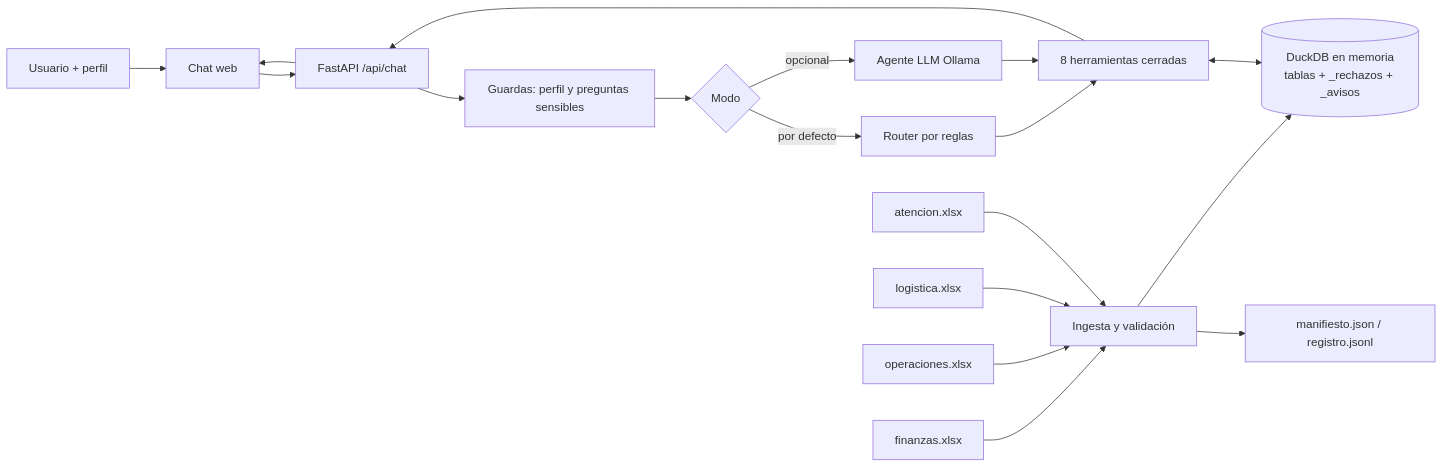
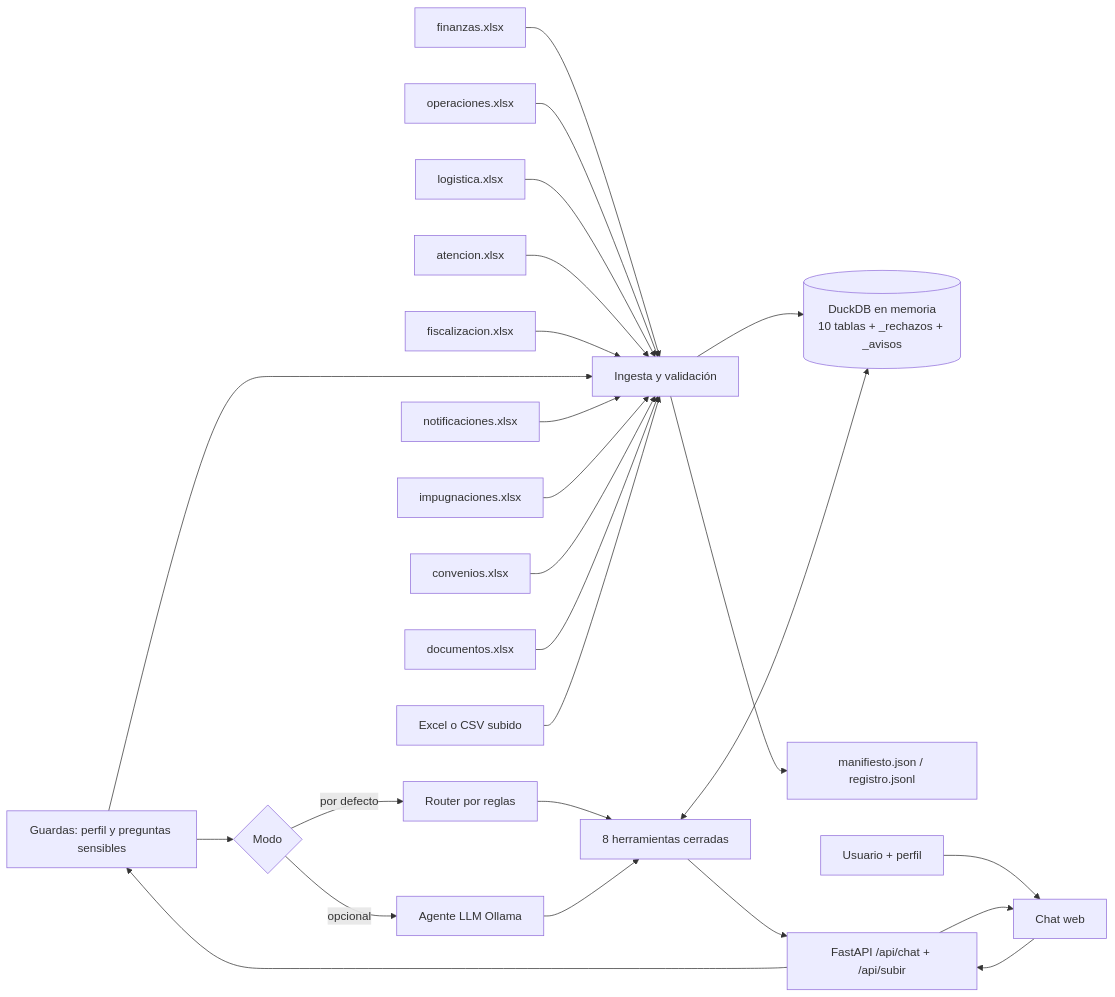
One commit to HerrSopMod/capibot changed the diagram in docs/arquitectura.md. Above: the diagram before and after it, drawn with Mermaid. The commit also changed other lines of this file and 30 other files, not shown here.

````diff
--- a/docs/arquitectura.md
+++ b/docs/arquitectura.md
@@ -3,20 +3,27 @@
 ```mermaid
 flowchart LR
   A[finanzas.xlsx] --> B[Ingesta y validación]
   C[operaciones.xlsx] --> B
   D[logistica.xlsx] --> B
   E[atencion.xlsx] --> B
-  B --> F[(DuckDB en memoria<br/>tablas + _rechazos + _avisos)]
+  F[fiscalizacion.xlsx] --> B
+  G[recaudacion.xlsx] --> B
+  H[notificaciones.xlsx] --> B
+  I[impugnaciones.xlsx] --> B
+  J[convenios.xlsx] --> B
+  K[documentos.xlsx] --> B
+  B --> DB[(DuckDB en memoria<br/>10 tablas + _rechazos + _avisos)]
   B --> AUD[manifiesto.json / registro.jsonl]
+  UP[Excel o CSV subido] --> B
   U[Usuario + perfil] --> UI[Chat web]
-  UI --> API[FastAPI /api/chat]
+  UI --> API[FastAPI /api/chat + /api/subir]
   API --> G[Guardas: perfil y preguntas sensibles]
   G --> R{Modo}
   R -->|por defecto| RT[Router por reglas]
   R -->|opcional| LLM[Agente LLM Ollama]
   RT --> T[8 herramientas cerradas]
   LLM --> T
-  T <--> F
+  T <--> DB
   T --> API
   API --> UI
 ```
````
